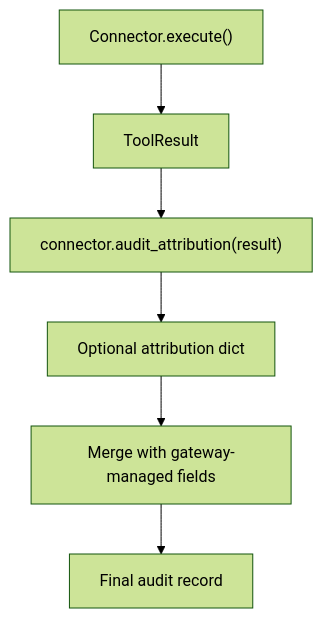
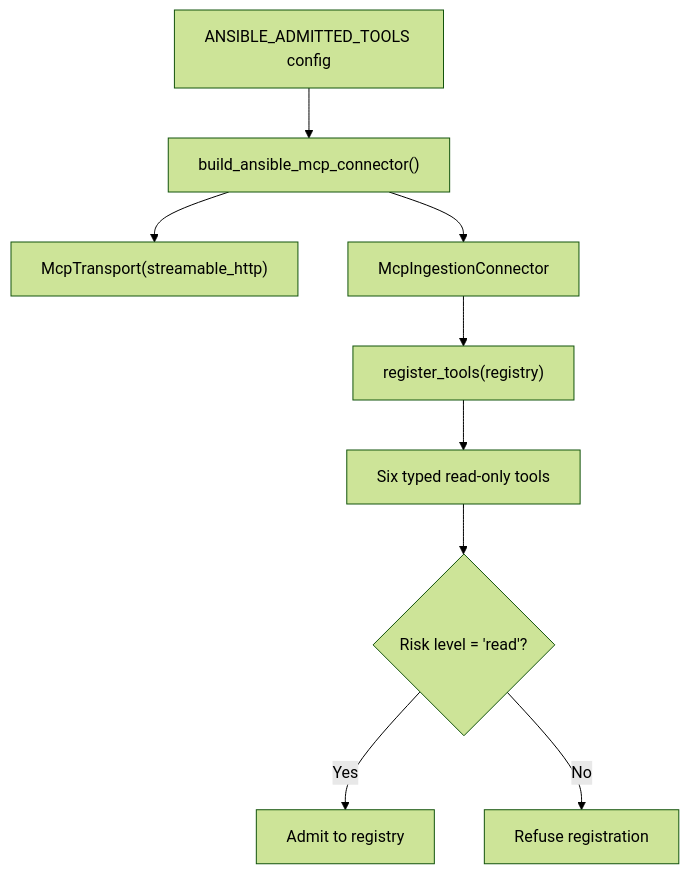
Before and after one commit to metasync/luban-aiops: the fifth of 14 diagrams in .qoder/repowiki/en/content/Core Services/Tool Gateway/Tool Gateway.md, drawn with Mermaid (forest theme). The commit also changed other lines of this file and 13 other files, not shown here.

````diff
--- a/.qoder/repowiki/en/content/Core Services/Tool Gateway/Tool Gateway.md
+++ b/.qoder/repowiki/en/content/Core Services/Tool Gateway/Tool Gateway.md
@@ -296,8 +319,11 @@
 ```mermaid
 flowchart TD
-Connector["Connector.execute()"] --> Result["ToolResult"]
-Result --> AttribHook["connector.audit_attribution(result)"]
-AttribHook --> Attribution["Optional attribution dict"]
-Attribution --> Merge["Merge with gateway-managed fields"]
-Merge --> AuditRecord["Final audit record"]
+Config["ANSIBLE_ADMITTED_TOOLS config"] --> Bind["build_ansible_mcp_connector()"]
+Bind --> Transport["McpTransport(streamable_http)"]
+Bind --> Connector["McpIngestionConnector"]
+Connector --> Registry["register_tools(registry)"]
+Registry --> TypedTools["Six typed read-only tools"]
+TypedTools --> PolicyCheck{"Risk level = 'read'?"}
+PolicyCheck --> |Yes| Admit["Admit to registry"]
+PolicyCheck --> |No| Deny["Refuse registration"]
 ```
````
